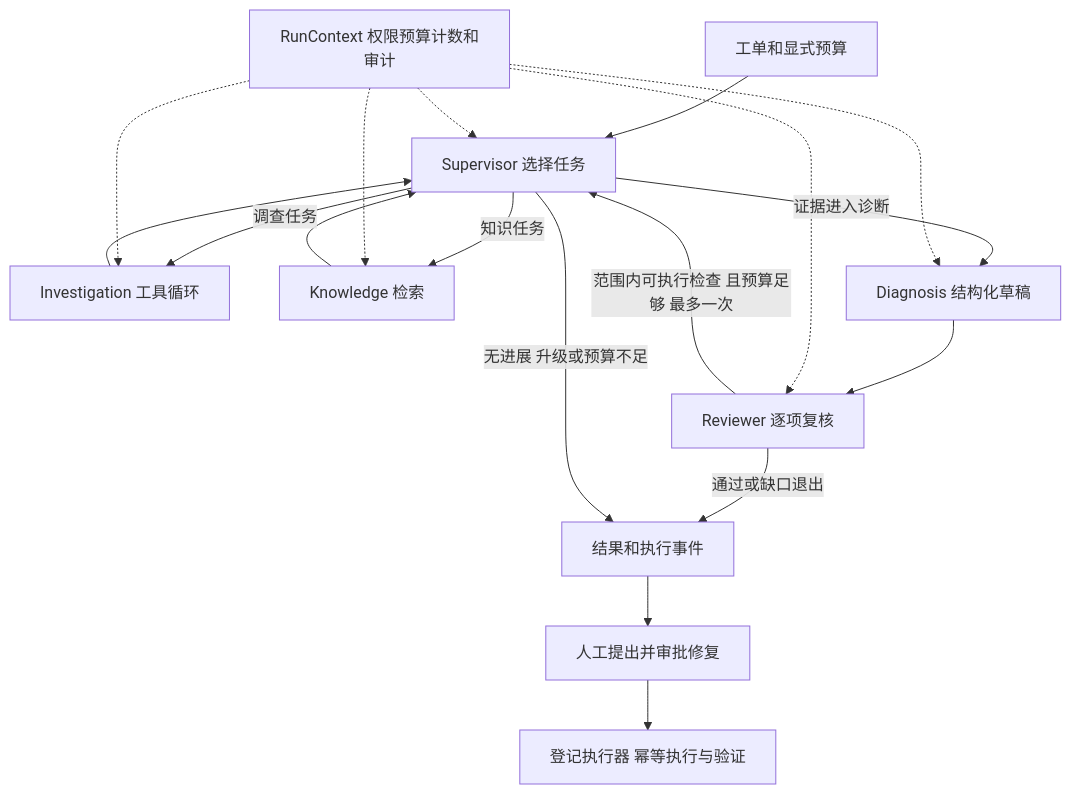
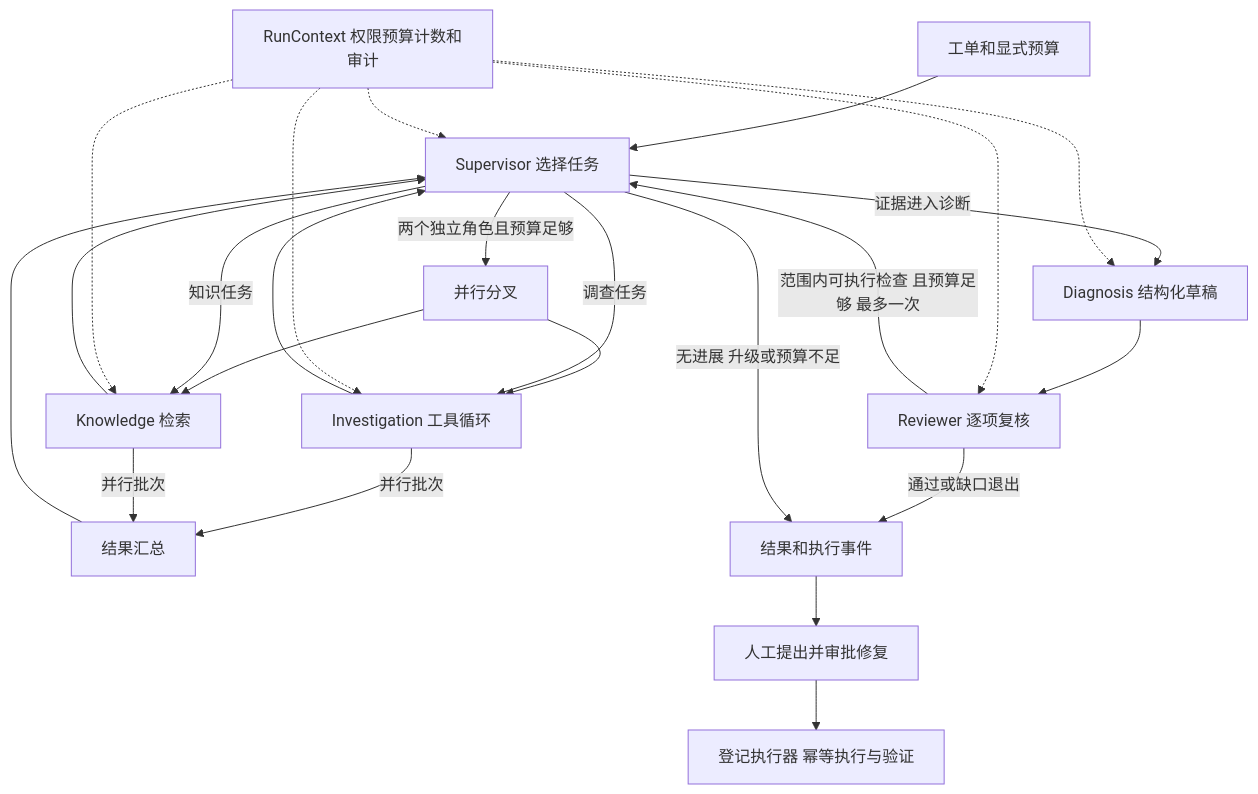
Before and after one commit to Heresy0/IT_Incident_Agent: the diagram in examples/showcase/design.md, drawn with Mermaid. The commit also changed other lines of this file and 41 other files, not shown here.

````diff
--- a/examples/showcase/design.md
+++ b/examples/showcase/design.md
@@ -7,20 +7,26 @@
 ```mermaid
 flowchart TD
     U[工单和显式预算] --> S[Supervisor 选择任务]
+    S -->|两个独立角色且预算足够| P[并行分叉]
+    P --> I
+    P --> K
+    I -->|并行批次| J[结果汇总]
+    K -->|并行批次| J
+    J --> S
     S -->|调查任务| I[Investigation 工具循环]
     S -->|知识任务| K[Knowledge 检索]
     I --> S
     K --> S
     S -->|证据进入诊断| D[Diagnosis 结构化草稿]
     D --> R[Reviewer 逐项复核]
     R -->|范围内可执行检查 且预算足够 最多一次| S
     R -->|通过或缺口退出| F[结果和执行事件]
     S -->|无进展 升级或预算不足| F
     F --> H[人工提出并审批修复]
     H --> E[登记执行器 幂等执行与验证]
     C[RunContext 权限预算计数和审计] -.-> S
     C -.-> I
     C -.-> K
     C -.-> D
     C -.-> R
 ```
````
